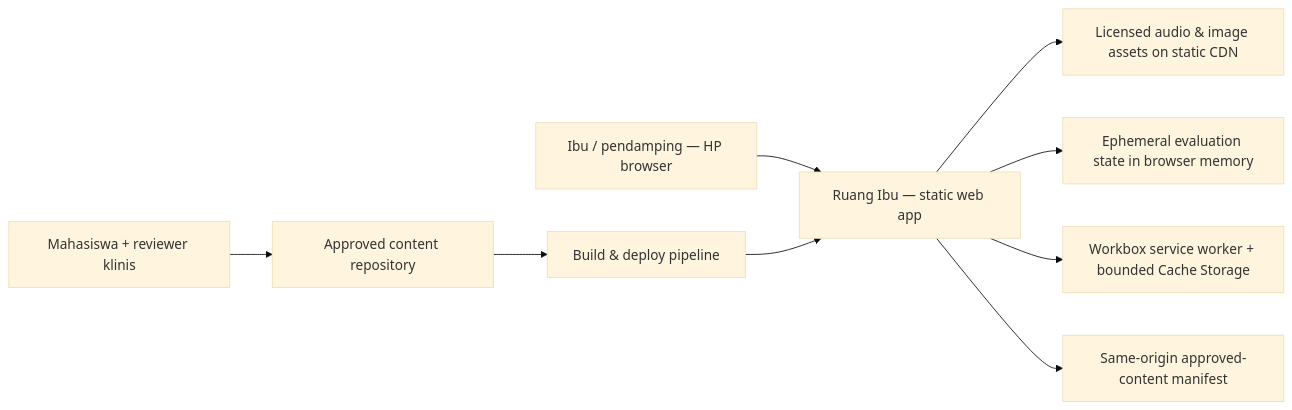
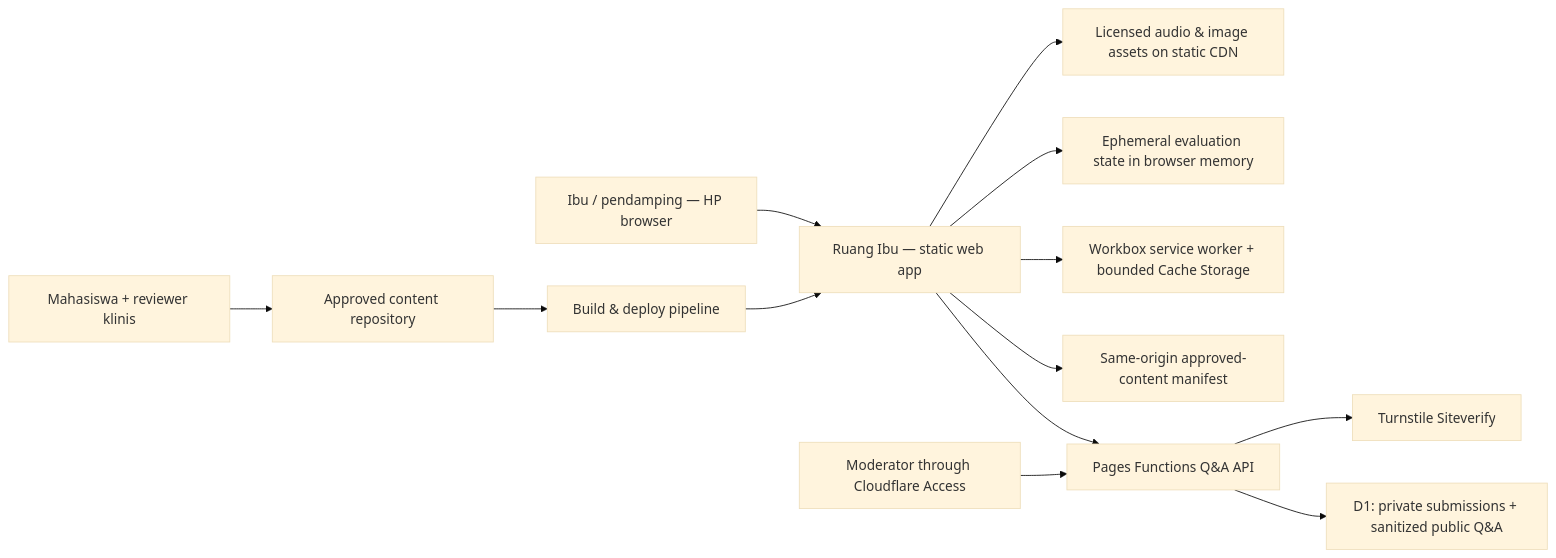
Before and after one commit to aprizal543/ruang-ibu: the first of 3 diagrams in docs/03-ARCHITECTURE.md, drawn with Mermaid (base theme). The commit also changed other lines of this file and 37 other files, not shown here.

````diff
--- a/docs/03-ARCHITECTURE.md
+++ b/docs/03-ARCHITECTURE.md
@@ -13,11 +13,15 @@
 ```mermaid
 flowchart LR
   U["Ibu / pendamping — HP browser"] --> W["Ruang Ibu — static web app"]
   C["Mahasiswa + reviewer klinis"] --> R["Approved content repository"]
   R --> B["Build & deploy pipeline"]
   B --> W
   W --> A["Licensed audio & image assets on static CDN"]
   W --> E["Ephemeral evaluation state in browser memory"]
   W --> SW["Workbox service worker + bounded Cache Storage"]
   W --> CM["Same-origin approved-content manifest"]
+  W --> QAPI["Pages Functions Q&A API"]
+  QAPI --> TS["Turnstile Siteverify"]
+  QAPI --> D1["D1: private submissions + sanitized public Q&A"]
+  MOD["Moderator through Cloudflare Access"] --> QAPI
 ```
````
